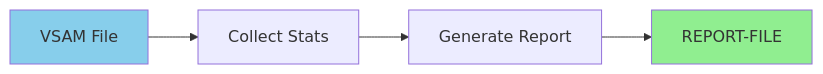
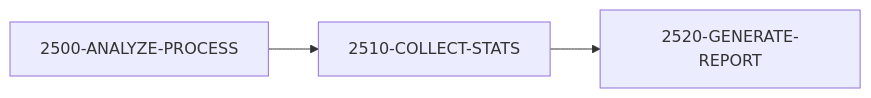
One commit to haladir-com/legacy-benchmark-docs-vb70e1 changed the fifth of 5 diagrams in docs/programs/UTLMNT00.mdx. Above: the diagram before and after it, drawn with Mermaid. The commit also changed other lines of this file and 63 other files, not shown here.

````diff
--- a/docs/programs/UTLMNT00.mdx
+++ b/docs/programs/UTLMNT00.mdx
@@ -332,9 +248,5 @@
 ```mermaid
 flowchart LR
-    A[VSAM File] --> B[Collect Stats]
-    B --> C[Generate Report]
-    C --> D[REPORT-FILE]
-    
-    style A fill:#87CEEB
-    style D fill:#90EE90
+    A[2500-ANALYZE-PROCESS] --> B[2510-COLLECT-STATS]
+    B --> C[2520-GENERATE-REPORT]
 ```
````
